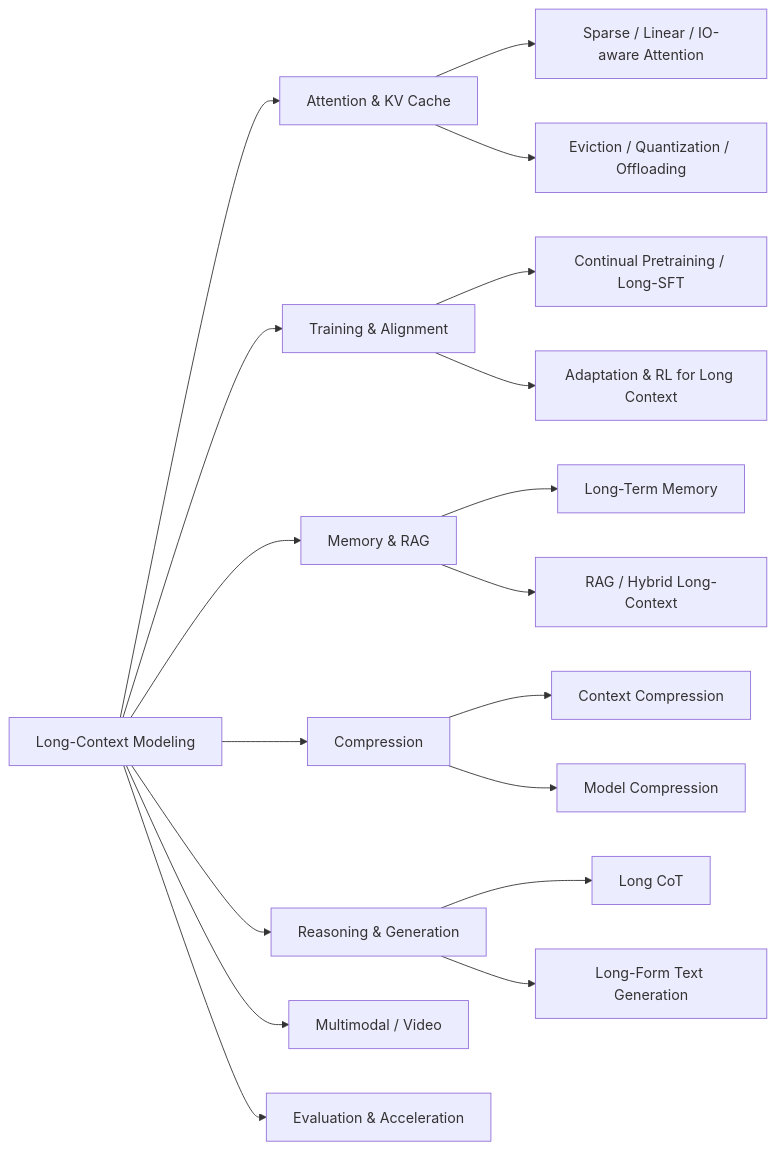
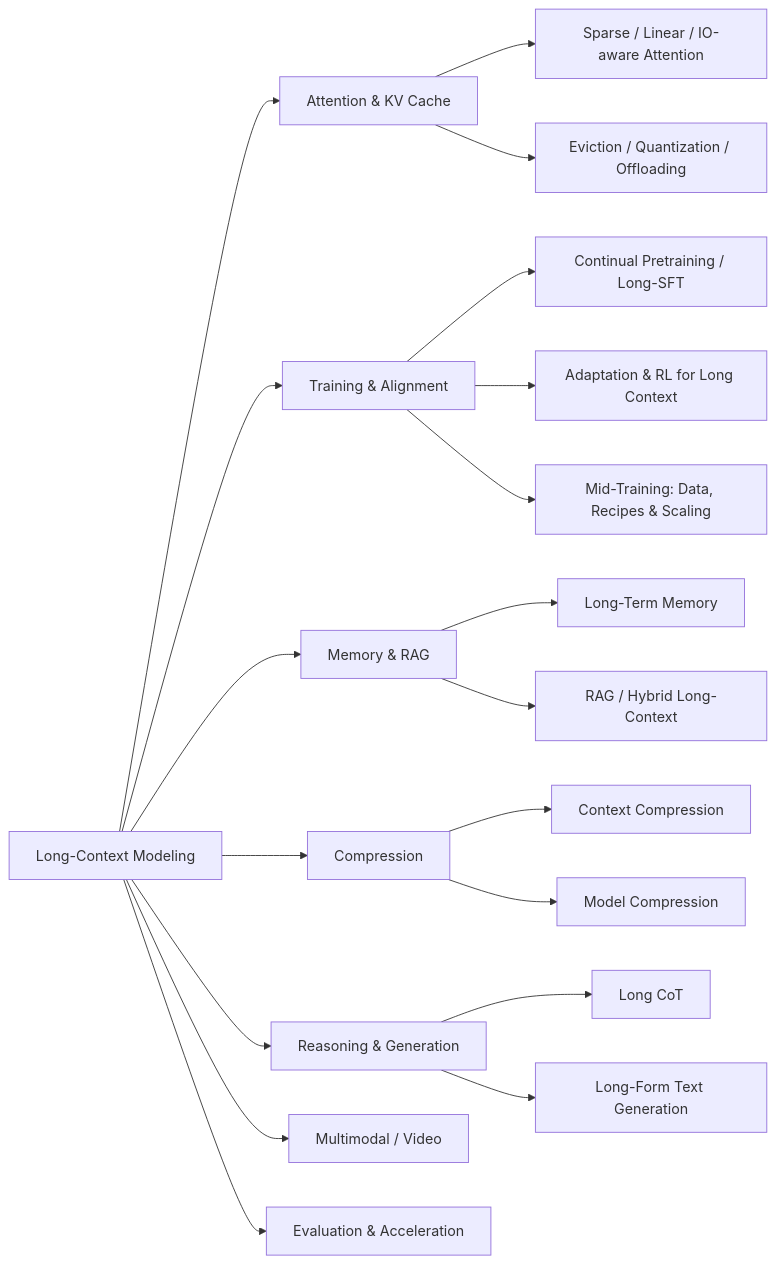
The diagram in README.md (Xnhyacinth/Awesome-LLM-Long-Context-Modeling), drawn with Mermaid before and after one commit. The commit also changed other lines of this file and 12 other files, not shown here.

First line of the commit message:
docs: add mid-training and capability-analysis sections, 53 papers and 7 blogs

````diff
--- a/README.md
+++ b/README.md
@@ -43,22 +43,23 @@
 ```mermaid
 flowchart LR
   LCLM["Long-Context Modeling"]
   LCLM --> A["Attention & KV Cache"]
   LCLM --> T["Training & Alignment"]
   LCLM --> M["Memory & RAG"]
   LCLM --> C["Compression"]
   LCLM --> R["Reasoning & Generation"]
   LCLM --> V["Multimodal / Video"]
   LCLM --> E["Evaluation & Acceleration"]
 
   A --> A1["Sparse / Linear / IO-aware Attention"]
   A --> A2["Eviction / Quantization / Offloading"]
   T --> T1["Continual Pretraining / Long-SFT"]
   T --> T2["Adaptation & RL for Long Context"]
+  T --> T3["Mid-Training: Data, Recipes & Scaling"]
   M --> M1["Long-Term Memory"]
   M --> M2["RAG / Hybrid Long-Context"]
   C --> C1["Context Compression"]
   C --> C2["Model Compression"]
   R --> R1["Long CoT"]
   R --> R2["Long-Form Text Generation"]
 ```
````
